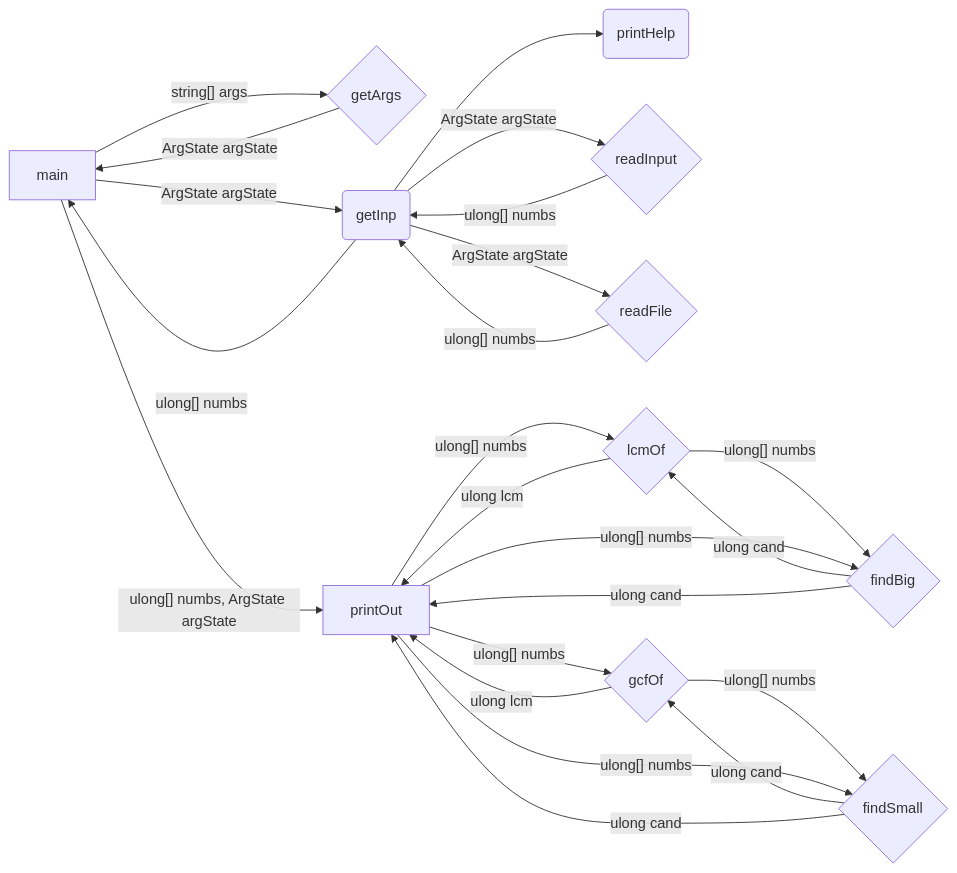
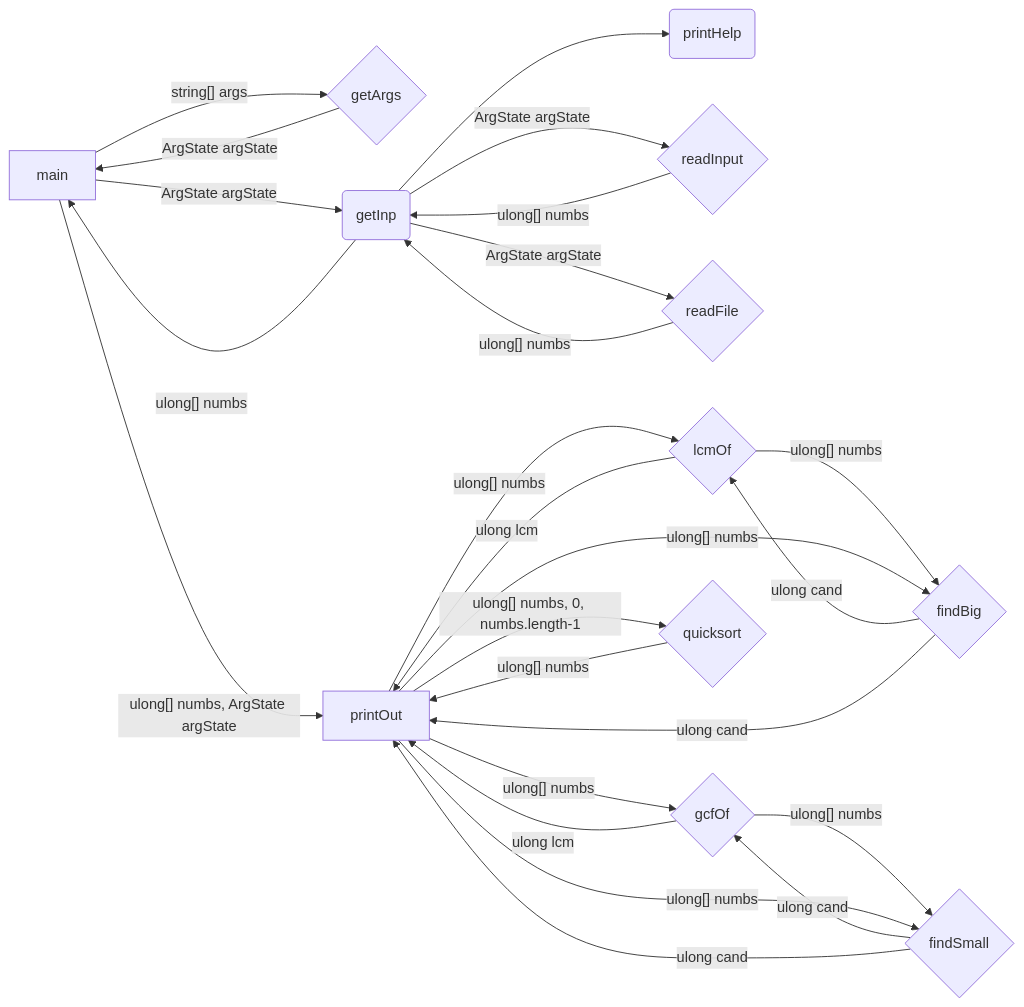
Before and after one commit to MggMuggins/mathTools: the diagram in codemap.md, drawn with Mermaid. The commit also changed 1 other file, not shown here.

Commit message:
Updated Docs for quicksort

````diff
--- a/codemap.md
+++ b/codemap.md
@@ -1,25 +1,28 @@
 ```mermaid
 graph LR;
   main[main] --> |"string[] args"| getArgs{getArgs}
   getArgs --> |ArgState argState| main
   main --> |ArgState argState| getInp(getInp)
   getInp --> printHelp(printHelp)
   getInp --> |ArgState argState| readInput{readInput}
   readInput --> |"ulong[] numbs"| getInp
   getInp --> |ArgState argState| readFile{readFile}
   readFile --> |"ulong[] numbs"| getInp
   getInp --> |"ulong[] numbs"| main
   main --> |"ulong[] numbs, ArgState argState"| printOut[printOut]
   printOut --> |"ulong[] numbs"| lcmOf{lcmOf}
   lcmOf --> |"ulong[] numbs"| findBig{findBig}
   findBig --> |"ulong cand"| lcmOf
   lcmOf --> |"ulong lcm"| printOut
   printOut --> |"ulong[] numbs"| gcfOf{gcfOf}
   gcfOf --> |"ulong[] numbs"| findSmall{findSmall}
   findSmall --> |"ulong cand"| gcfOf
   gcfOf --> |"ulong lcm"| printOut
   printOut --> |"ulong[] numbs"| findBig{findBig}
   findBig --> |"ulong cand"| printOut
   printOut --> |"ulong[] numbs"| findSmall{findSmall}
   findSmall --> |"ulong cand"| printOut
+  printOut --> |"ulong[] numbs, 0, numbs.length-1"| quicksort{quicksort}
+  quicksort --> |"ulong[] numbs"| printOut
+  
 ```
````
